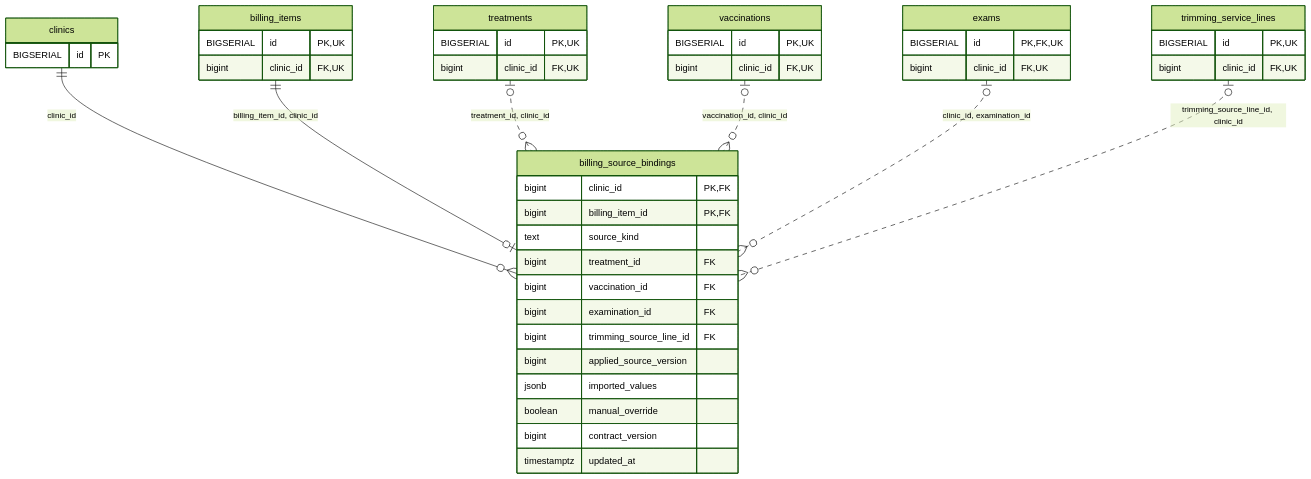
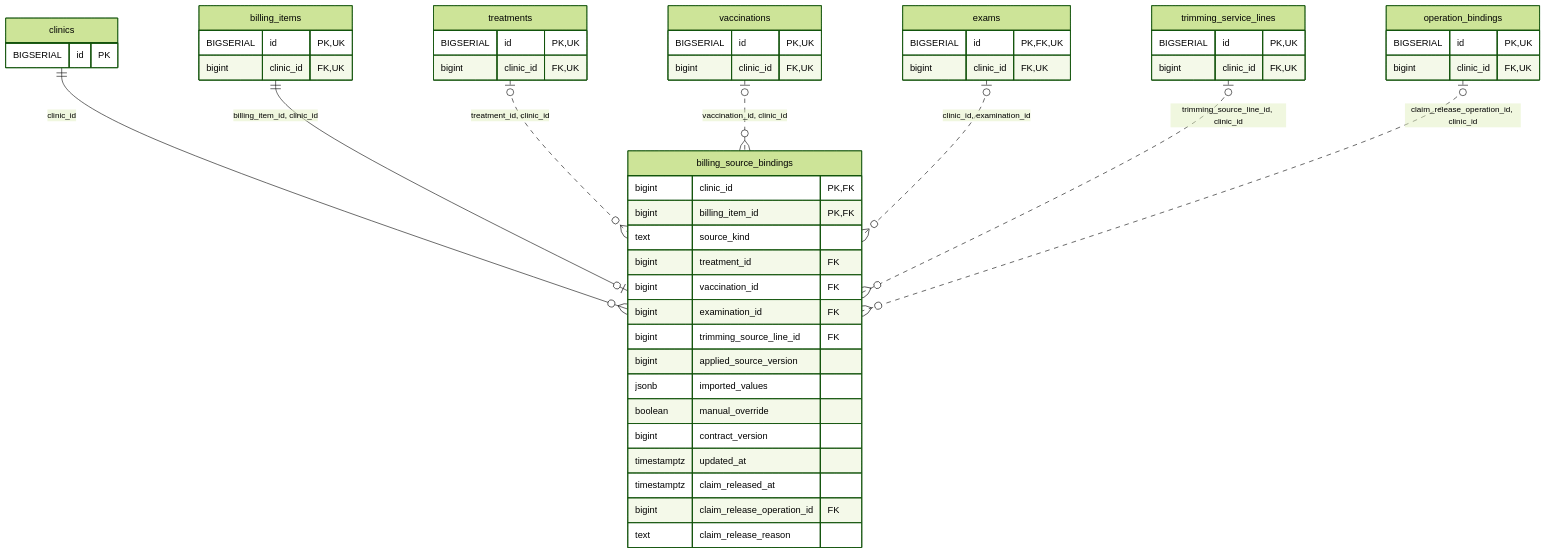
The diagram in docs/architecture/erd-detail/billing_source_bindings.md (MinoruSoga/AnimalEkarte), drawn with Mermaid (forest theme) before and after one commit. The commit also changed other lines of this file and 131 other files, not shown here.

````diff
--- a/docs/architecture/erd-detail/billing_source_bindings.md
+++ b/docs/architecture/erd-detail/billing_source_bindings.md
@@ -35,46 +38,54 @@
 ```mermaid
 erDiagram
     billing_source_bindings {
         bigint clinic_id PK,FK
         bigint billing_item_id PK,FK
         text source_kind
         bigint treatment_id FK
         bigint vaccination_id FK
         bigint examination_id FK
         bigint trimming_source_line_id FK
         bigint applied_source_version
         jsonb imported_values
         boolean manual_override
         bigint contract_version
         timestamptz updated_at
+        timestamptz claim_released_at
+        bigint claim_release_operation_id FK
+        text claim_release_reason
     }
     billing_items {
         BIGSERIAL id PK,UK
         bigint clinic_id FK,UK
     }
     clinics {
         BIGSERIAL id PK
     }
     exams {
         BIGSERIAL id PK,FK,UK
+        bigint clinic_id FK,UK
+    }
+    operation_bindings {
+        BIGSERIAL id PK,UK
         bigint clinic_id FK,UK
     }
     treatments {
         BIGSERIAL id PK,UK
         bigint clinic_id FK,UK
     }
     trimming_service_lines {
         BIGSERIAL id PK,UK
         bigint clinic_id FK,UK
     }
     vaccinations {
         BIGSERIAL id PK,UK
         bigint clinic_id FK,UK
     }
     clinics ||--o{ billing_source_bindings : "clinic_id"
     billing_items ||--o| billing_source_bindings : "billing_item_id, clinic_id"
     treatments o|..o{ billing_source_bindings : "treatment_id, clinic_id"
     vaccinations o|..o{ billing_source_bindings : "vaccination_id, clinic_id"
     exams o|..o{ billing_source_bindings : "clinic_id, examination_id"
     trimming_service_lines o|..o{ billing_source_bindings : "trimming_source_line_id, clinic_id"
+    operation_bindings o|..o{ billing_source_bindings : "claim_release_operation_id, clinic_id"
 ```
````
